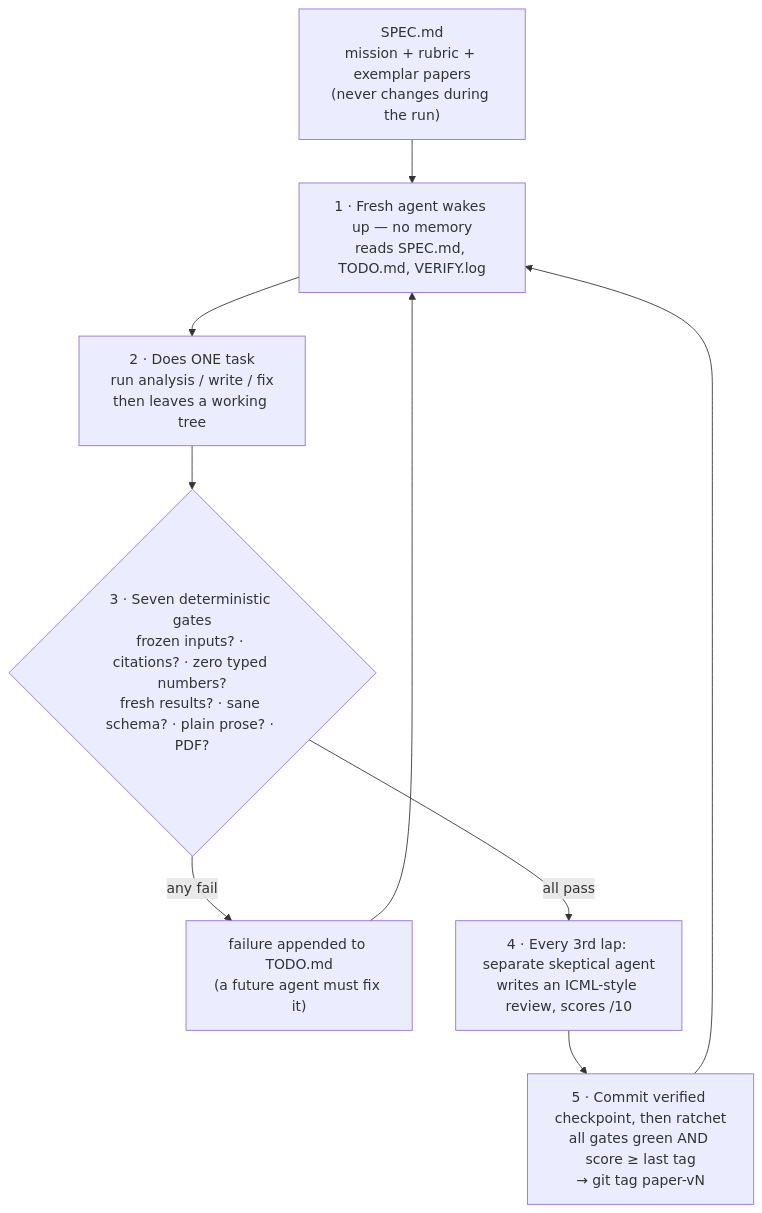
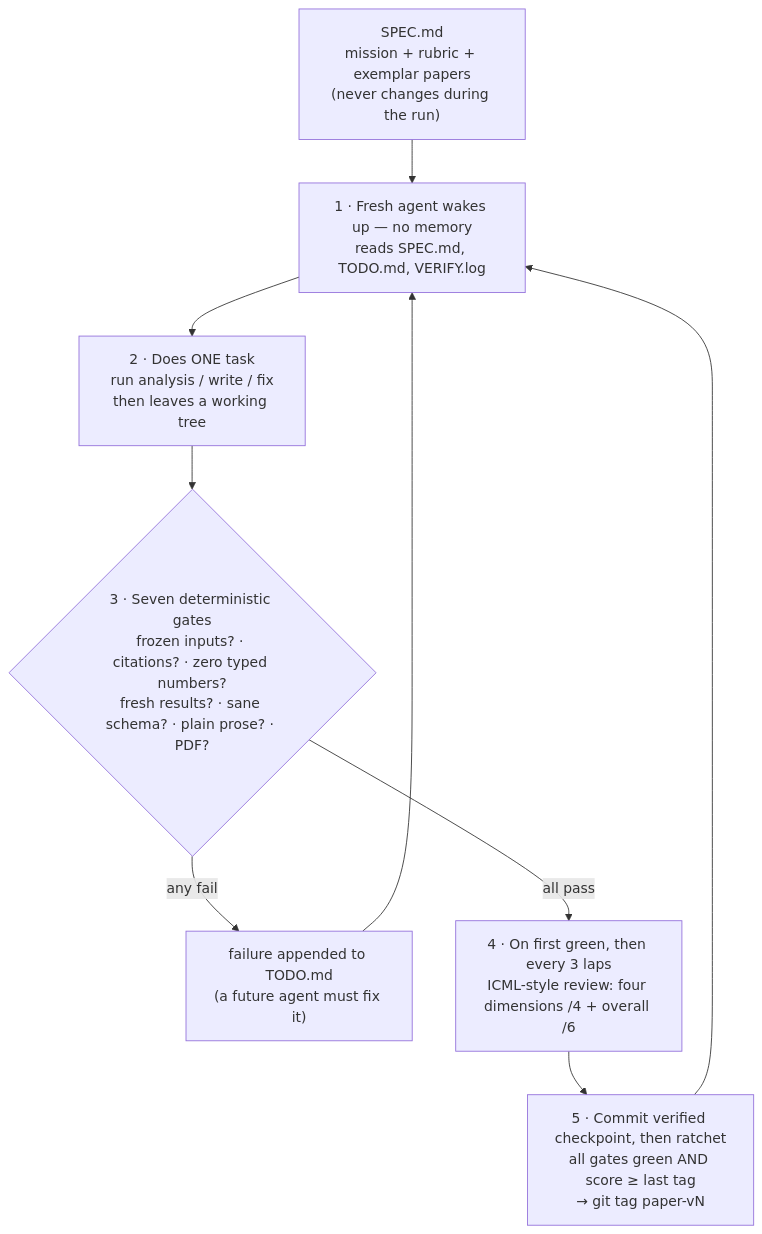
The first of 2 diagrams in README.md (matthewcycmb/ralph-scientist), drawn with Mermaid before and after one commit. The commit also changed other lines of this file and 8 other files, not shown here.

Commit message:
Adopt official Ralphthon ICML review schema and assignment workflow

````diff
--- a/README.md
+++ b/README.md
@@ -13,13 +13,13 @@
 ```mermaid
 flowchart TD
     SPEC["SPEC.md<br>mission + rubric + exemplar papers<br>(never changes during the run)"]
     AGENT["1 · Fresh agent wakes up — no memory<br>reads SPEC.md, TODO.md, VERIFY.log"]
     TASK["2 · Does ONE task<br>run analysis / write / fix<br>then leaves a working tree"]
     GATES{"3 · Seven deterministic gates<br>frozen inputs? · citations? · zero typed numbers?<br>fresh results? · sane schema? · plain prose? · PDF?"}
     FIX["failure appended to TODO.md<br>(a future agent must fix it)"]
-    REVIEW["4 · Every 3rd lap: separate skeptical agent<br>writes an ICML-style review, scores /10"]
+    REVIEW["4 · On first green, then every 3 laps<br>ICML-style review: four dimensions /4 + overall /6"]
     RATCHET["5 · Commit verified checkpoint, then ratchet<br>all gates green AND score ≥ last tag<br>→ git tag paper-vN"]
     SPEC --> AGENT --> TASK --> GATES
     GATES -- "any fail" --> FIX --> AGENT
     GATES -- "all pass" --> REVIEW --> RATCHET --> AGENT
 ```
````
